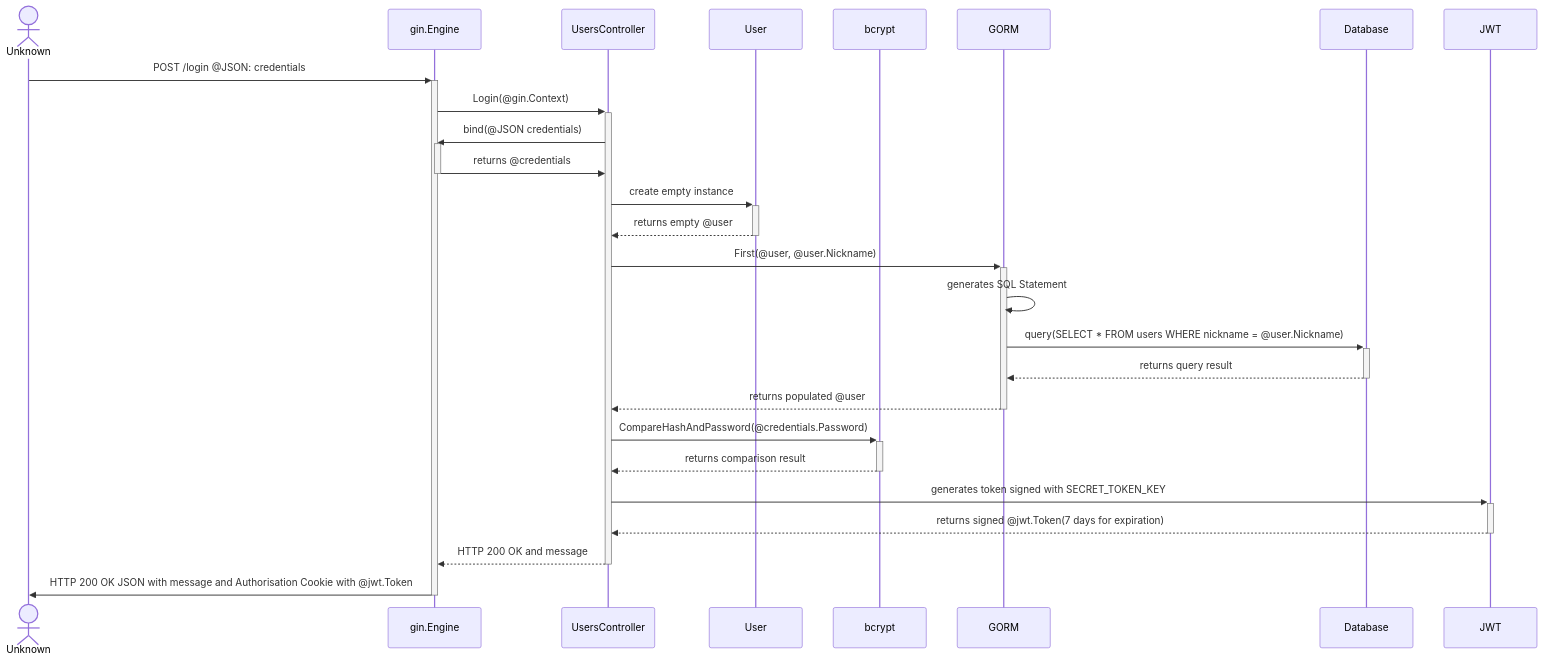
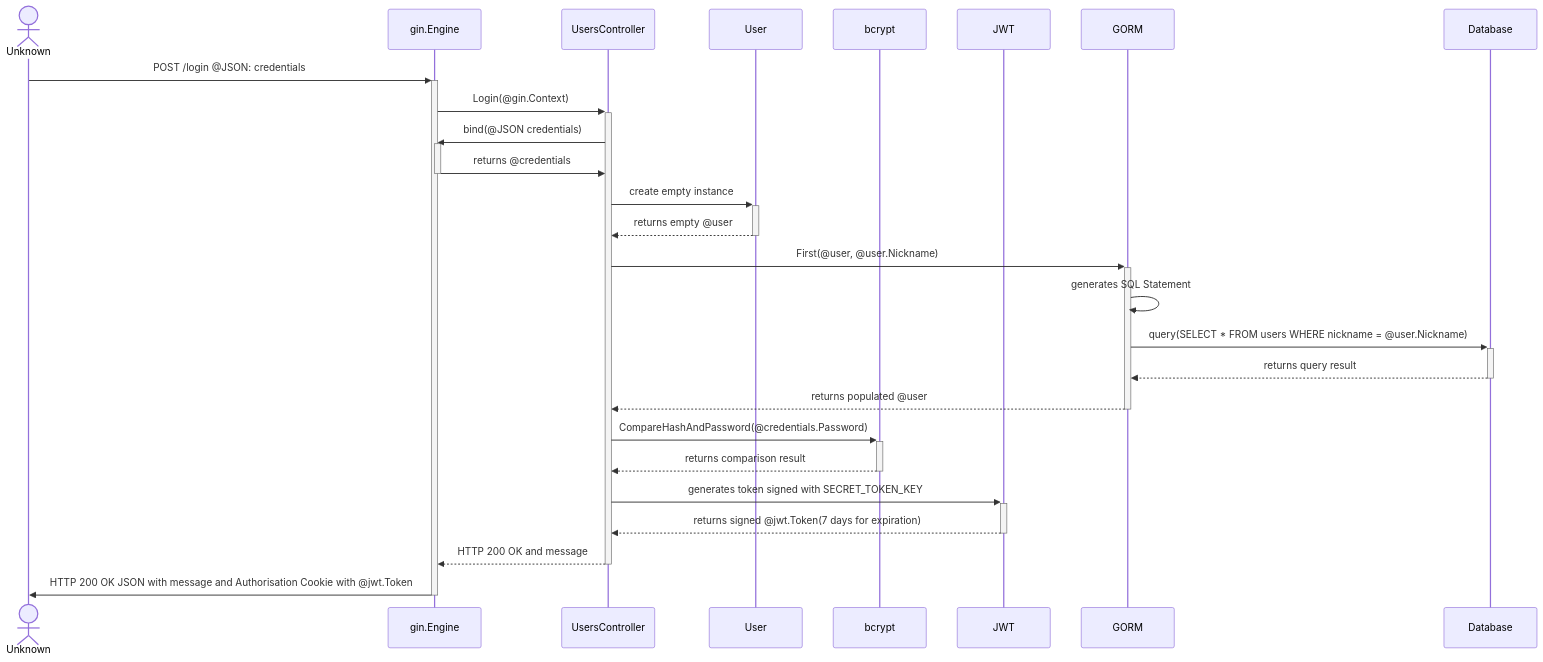
Before and after one commit to zatarain/note-vook: the third of 4 diagrams in README.md, drawn with Mermaid. The commit also changed other lines of this file, not shown here.

Commit message:
VOOK-001: Improving sequence diagrams

````diff
--- a/README.md
+++ b/README.md
@@ -174,30 +174,30 @@
 ```mermaid
 sequenceDiagram
 
 actor Unknown
 participant gin.Engine
 participant UsersController
 participant User
 participant bcrypt
+participant JWT
 participant GORM
 participant Database
-participant JWT
 
 Unknown->>+gin.Engine: POST /login @JSON: credentials
 gin.Engine->>+UsersController: Login(@gin.Context)
 UsersController->>+gin.Engine: bind(@JSON credentials)
 gin.Engine->>-UsersController: returns @credentials
 UsersController->>+User: create empty instance
 User-->>-UsersController: returns empty @user
 UsersController->>+GORM: First(@user, @user.Nickname)
 GORM->>GORM: generates SQL Statement
 GORM->>+Database: query(SELECT * FROM users WHERE nickname = @user.Nickname)
 Database-->>-GORM: returns query result
 GORM-->>-UsersController: returns populated @user
 UsersController->>+bcrypt: CompareHashAndPassword(@credentials.Password)
 bcrypt-->>-UsersController: returns comparison result
 UsersController->>+JWT: generates token signed with SECRET_TOKEN_KEY
 JWT-->>-UsersController: returns signed @jwt.Token(7 days for expiration)
 UsersController-->>-gin.Engine: HTTP 200 OK and message
 gin.Engine->>-Unknown: HTTP 200 OK JSON with message and Authorisation Cookie with @jwt.Token
 ```
````
